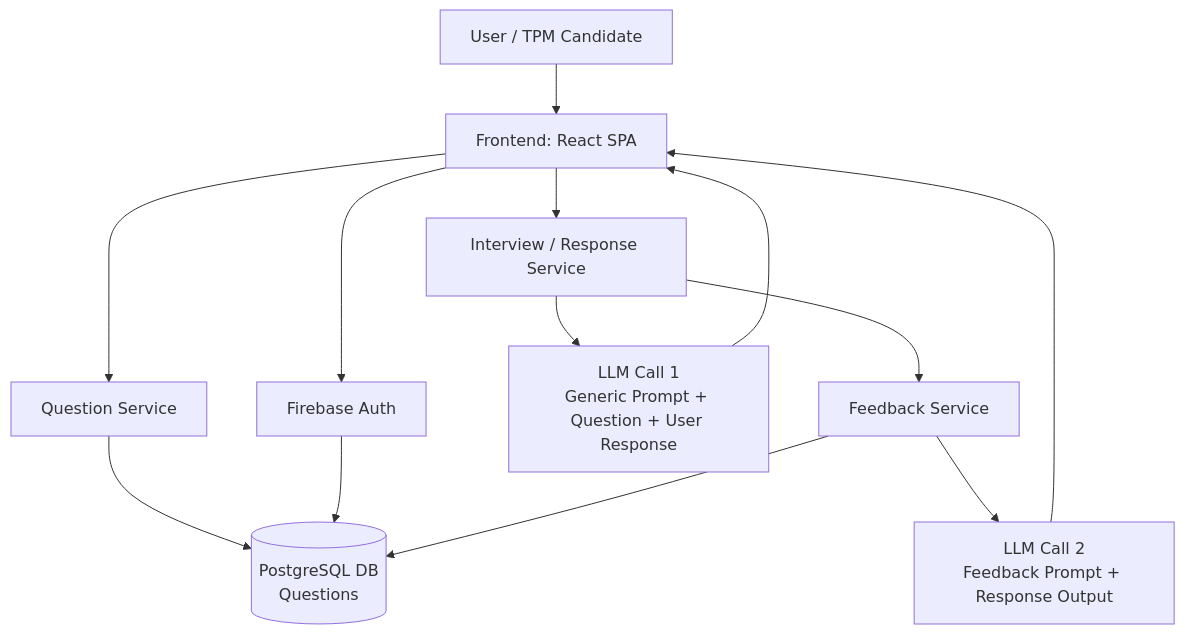
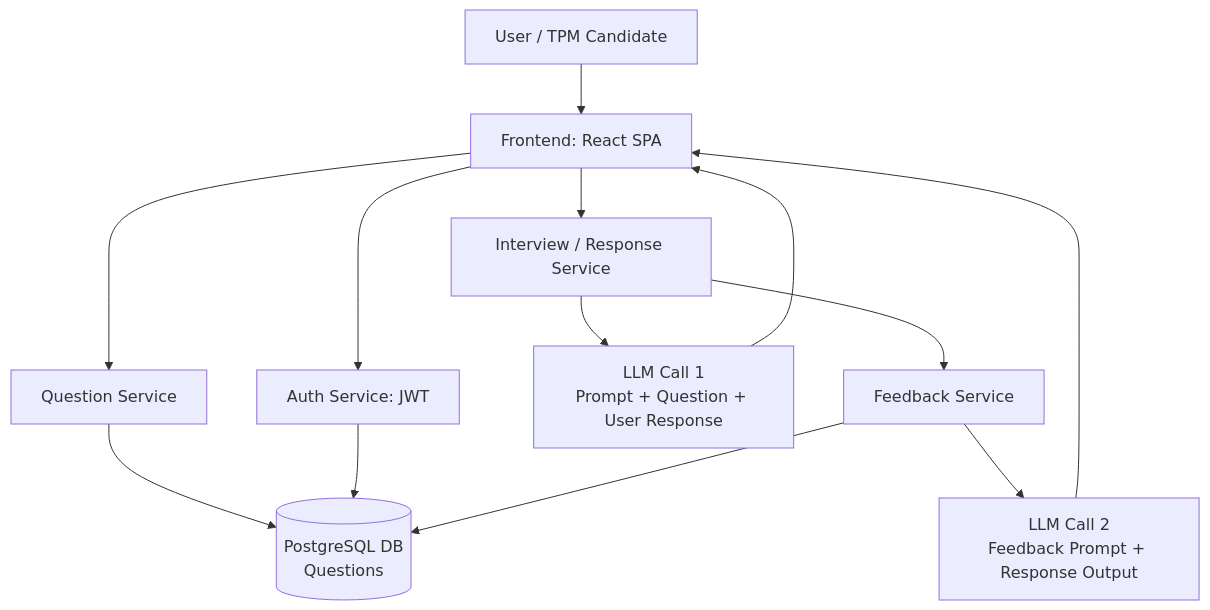
The diagram in README.md (aparajitasahay87/tpm-ai-mockinterview-prep), drawn with Mermaid before and after one commit. The commit also changed other lines of this file, not shown here.

Commit message:
Revise architecture section in README
Updated architecture diagram in README to reflect changes in authentication and service interactions.

````diff
--- a/README.md
+++ b/README.md
@@ -21,20 +23,20 @@
 ```mermaid
 flowchart TD
     U[User / TPM Candidate] --> FE[Frontend: React SPA]
 
-    FE --> AUTH[Firebase Auth]
+    FE --> AUTH[Auth Service: JWT]
     FE --> QS[Question Service]
-    QS --> DB[(PostgreSQL DB\nQuestions)]
+    QS --> DB[(PostgreSQL DB<br/>Questions)]
 
     FE --> IS[Interview / Response Service]
-    IS --> LLM1[LLM Call 1\nGeneric Prompt + Question + User Response]
+    IS --> LLM1[LLM Call 1<br/>Prompt + Question + User Response]
 
     IS --> FS[Feedback Service]
-    FS --> LLM2[LLM Call 2\nFeedback Prompt + Response Output]
+    FS --> LLM2[LLM Call 2<br/>Feedback Prompt + Response Output]
 
     LLM1 --> FE
     LLM2 --> FE
 
     AUTH --> DB
     FS --> DB
 ```
````
